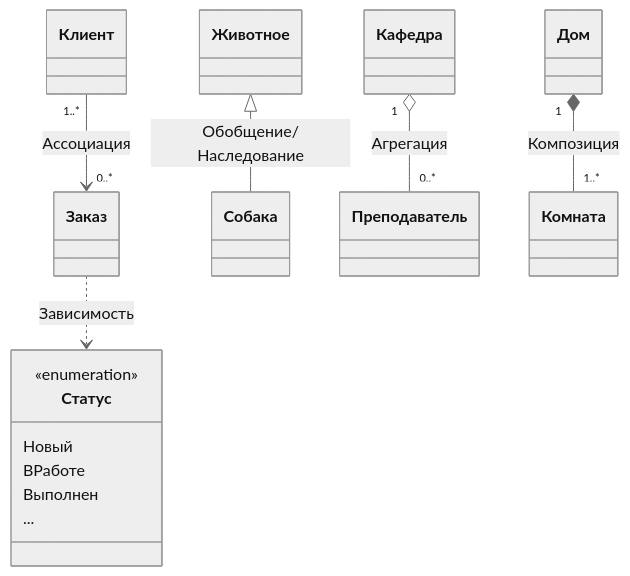
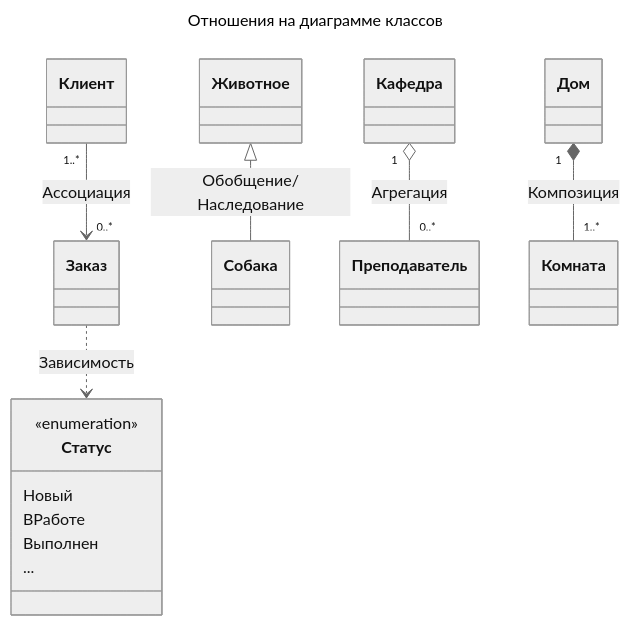
The second of 3 diagrams in Теория/Технология разработки программного обеспечения/Диаграмма классов.md (Dr-Hartmann/CHSU), drawn with Mermaid (neutral theme) before and after one commit. The commit also changed 33 other files, not shown here.

````diff
--- a/Теория/Технология разработки программного обеспечения/Диаграмма классов.md
+++ b/Теория/Технология разработки программного обеспечения/Диаграмма классов.md
@@ -50,32 +50,35 @@
 ```mermaid
+---
+title: Отношения на диаграмме классов
+---
 classDiagram
     %% Отношение ассоциации
     class Клиент
     class Заказ
     Клиент "1..*" --> "0..*" Заказ: Ассоциация
 
     %% Отношение зависимости
     class Статус{
 	    <<enumeration>>
         Новый
         ВРаботе
         Выполнен
         ...
     }
     Заказ ..> Статус: Зависимость
 
     %% Отношение обобщения (наследования)
     class Животное
     class Собака
     Животное <|-- Собака: Обобщение/Наследование
 
     %% Отношение агрегации
     class Кафедра
     class Преподаватель
     Кафедра "1" o-- "0..*" Преподаватель: Агрегация
 
     %% Отношение композиции
     class Дом
     class Комната
     Дом "1" *-- "1..*" Комната: Композиция
 ```
````
